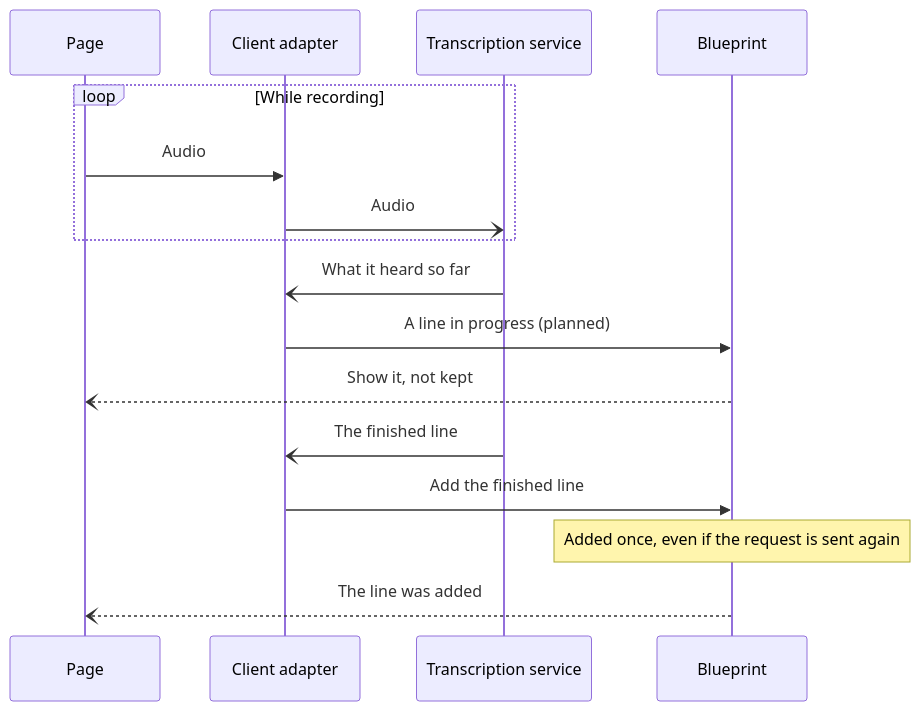
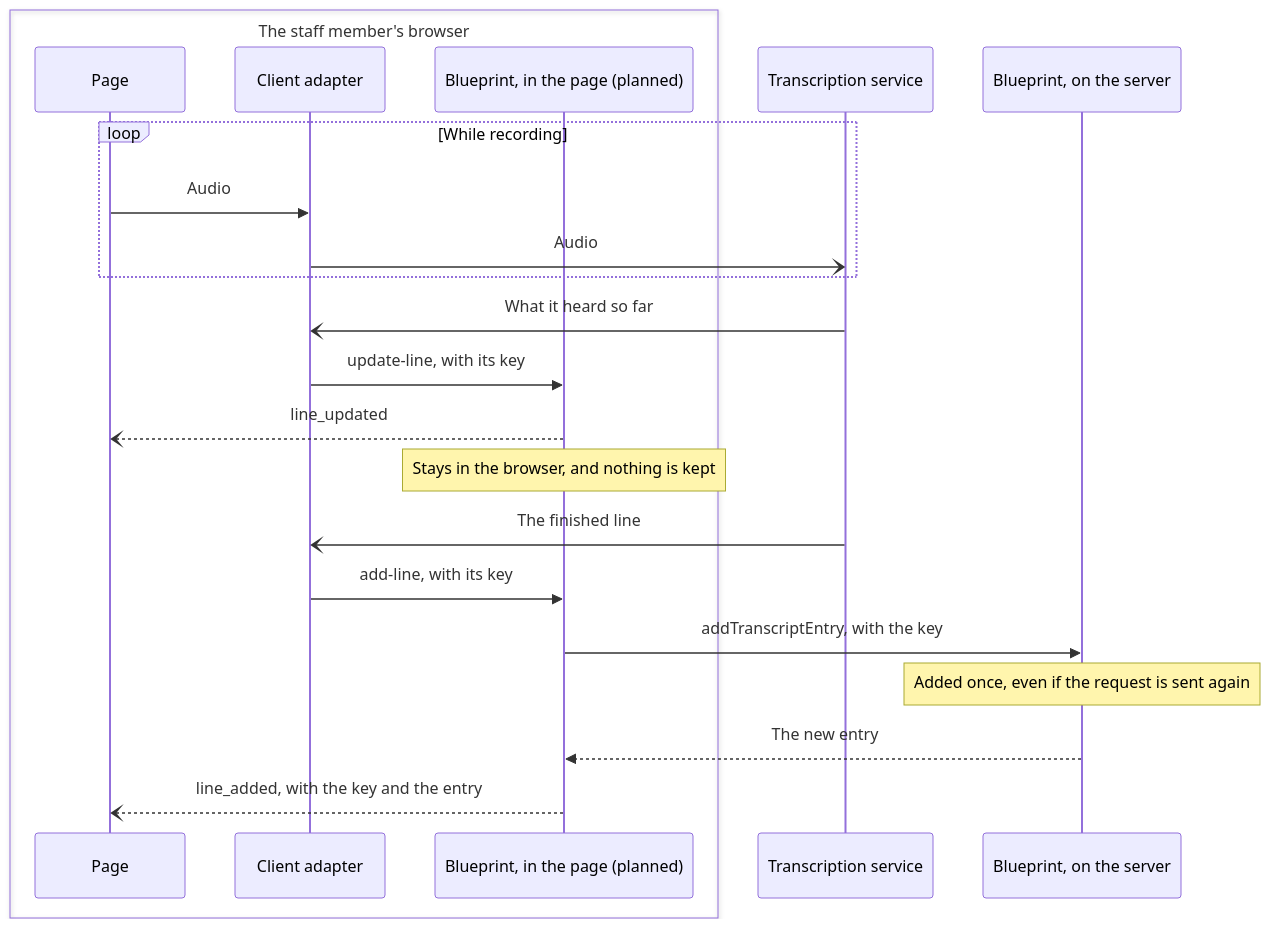
One commit to codeforamerica/safety-net-blueprint changed the third of 6 diagrams in docs/architecture/domains/communication.md. Above: the diagram before and after it, drawn with Mermaid. The commit also changed other lines of this file, not shown here.

First line of the commit message:
Decide the session's names, and show where each part runs

````diff
--- a/docs/architecture/domains/communication.md
+++ b/docs/architecture/domains/communication.md
@@ -128,19 +169,25 @@
 ```mermaid
 sequenceDiagram
-    participant Page
-    participant Client as Client adapter
+    box The staff member's browser
+        participant Page
+        participant Client as Client adapter
+        participant Session as Blueprint, in the page (planned)
+    end
     participant Service as Transcription service
-    participant Blueprint
+    participant Server as Blueprint, on the server
 
     loop While recording
         Page->>Client: Audio
         Client-)Service: Audio
     end
     Service-)Client: What it heard so far
-    Client->>Blueprint: A line in progress (planned)
-    Blueprint--)Page: Show it, not kept
+    Client->>Session: update-line, with its key
+    Session--)Page: line_updated
+    Note over Session: Stays in the browser, and nothing is kept
     Service-)Client: The finished line
-    Client->>Blueprint: Add the finished line
-    Note over Blueprint: Added once, even if the request is sent again
-    Blueprint--)Page: The line was added
+    Client->>Session: add-line, with its key
+    Session->>Server: addTranscriptEntry, with the key
+    Note over Server: Added once, even if the request is sent again
+    Server-->>Session: The new entry
+    Session--)Page: line_added, with the key and the entry
 ```
````
